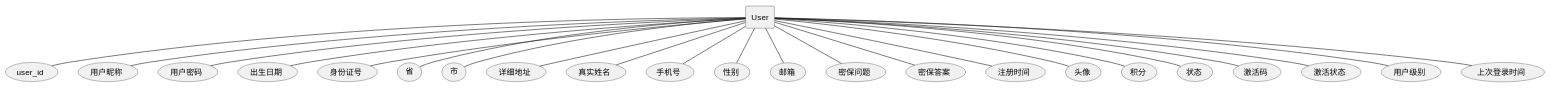
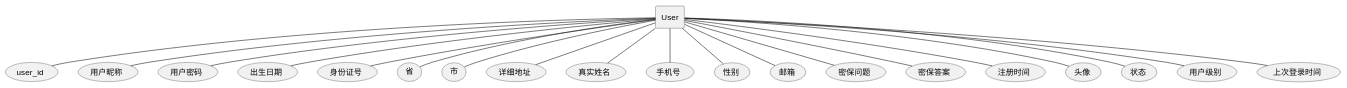
Before and after one commit to xiaokangxxs/notebook: the second of 30 diagrams in docs/UML/plantuml.md, drawn with PlantUML. The commit also changed other lines of this file and 2 other files, not shown here.

Commit message:
update hadoop-ha and update familyaccount-plantuml

````diff
--- a/docs/UML/plantuml.md
+++ b/docs/UML/plantuml.md
@@ -47,27 +43,24 @@
 ```plantuml
 @startuml
 rectangle User
 User -- (user_id)
 User -- (用户昵称)
 User -- (用户密码)
 User -- (出生日期)
 User -- (身份证号)
 User -- (省)
 User -- (市)
 User -- (详细地址)
 User -- (真实姓名)
 User -- (手机号)
 User -- (性别)
 User -- (邮箱)
 User -- (密保问题)
 User -- (密保答案)
 User -- (注册时间)
 User -- (头像)
-User -- (积分)
 User -- (状态)
-User -- (激活码)
-User -- (激活状态)
 User -- (用户级别)
 User -- (上次登录时间)
 @enduml
 ```
````
